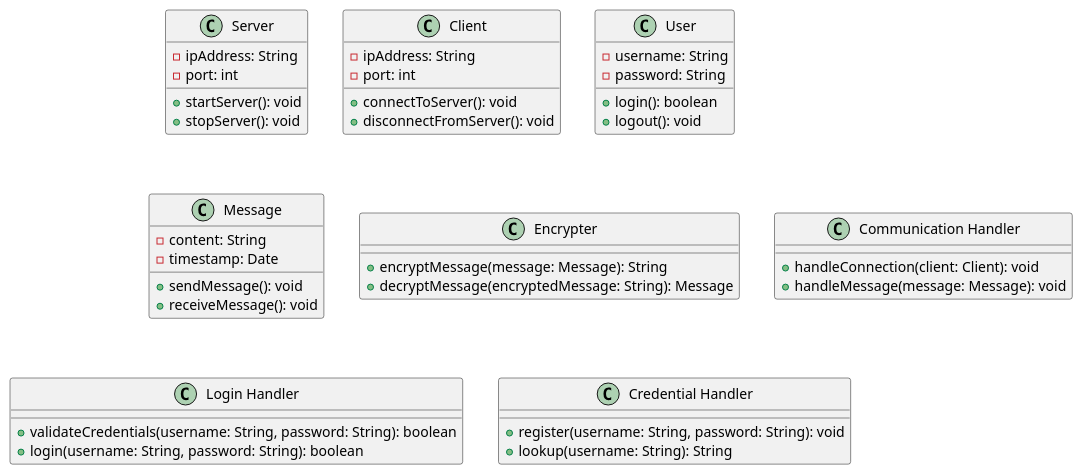
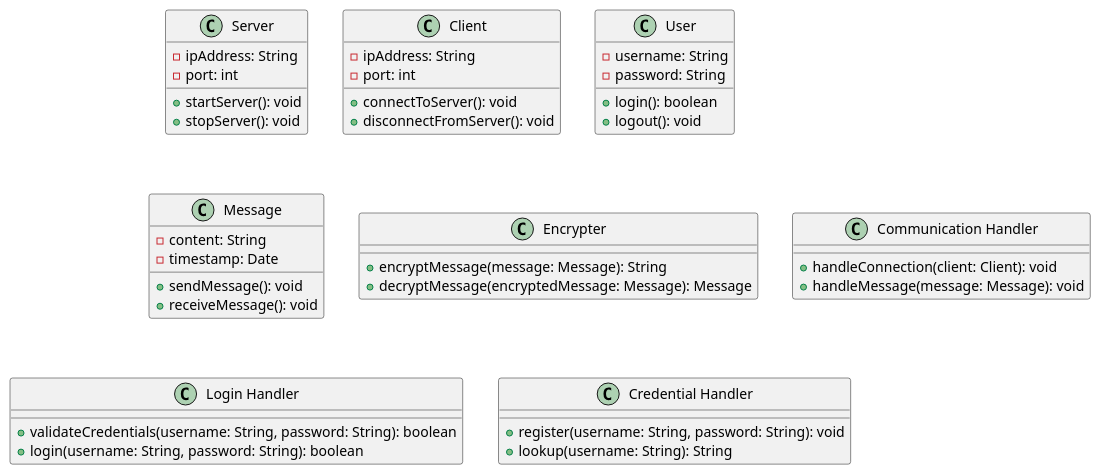
The diagram in docs/UML/class_diagram.puml (phajj/CSC2620_Hajj_Higgins_Palmer), drawn with PlantUML before and after one commit. The commit also changed 3 other files, not shown here.

```diff
--- a/docs/UML/class_diagram.puml
+++ b/docs/UML/class_diagram.puml
@@ -1,51 +1,51 @@
 @startuml ClassDiagram
 
 class Server{
     - ipAddress: String
     - port: int
     + startServer(): void
     + stopServer(): void
 }
 
 class Client{
     - ipAddress: String
     - port: int
     + connectToServer(): void
     + disconnectFromServer(): void
 }
 
 class User{
     - username: String
     - password: String
     + login(): boolean
     + logout(): void
 }
 
 class Message{
     - content: String
     - timestamp: Date
     + sendMessage(): void
     + receiveMessage(): void
 }
 
 class Encrypter{
     + encryptMessage(message: Message): String
-    + decryptMessage(encryptedMessage: String): Message
+    + decryptMessage(encryptedMessage: Message): Message
 }
 
 class "Communication Handler"{
     + handleConnection(client: Client): void
     + handleMessage(message: Message): void
 }
 
 class "Login Handler"{
     + validateCredentials(username: String, password: String): boolean
     + login(username: String, password: String): boolean
 }
 
 class "Credential Handler"{
     + register(username: String, password: String): void
     + lookup(username: String): String
 }
 
 @enduml
```
